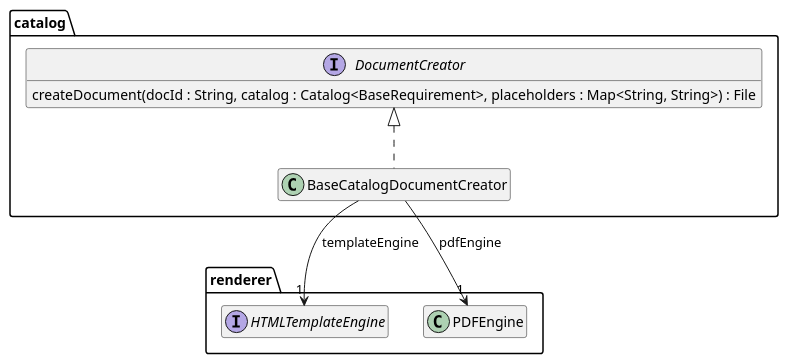
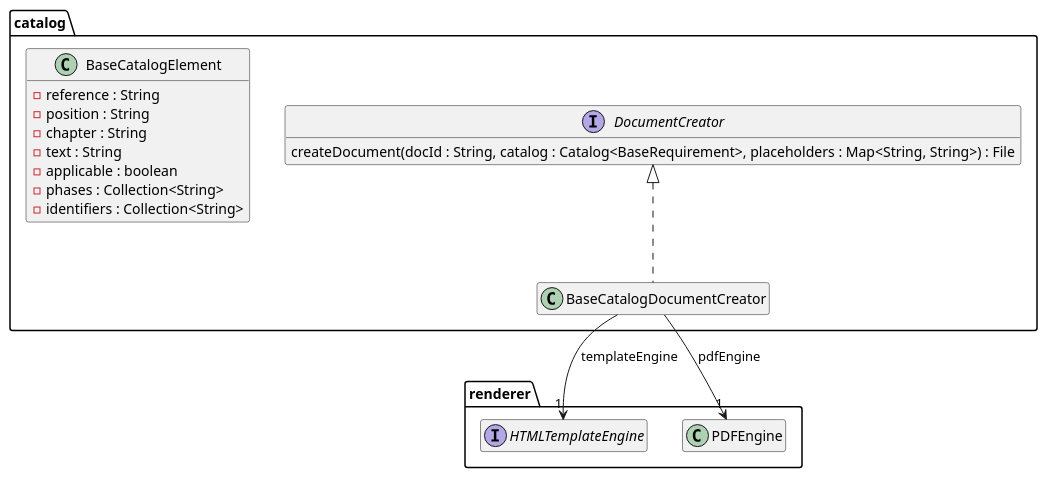
The diagram in src/site/arc42/plantuml/openhtmltopdf/catalog/Ebene3.plantuml (tailoringexpert/platform), drawn with PlantUML before and after one commit. The commit also changed 81 other files, not shown here.

```diff
--- a/src/site/arc42/plantuml/openhtmltopdf/catalog/Ebene3.plantuml
+++ b/src/site/arc42/plantuml/openhtmltopdf/catalog/Ebene3.plantuml
@@ -1,22 +1,32 @@
 @startuml Ebene3.png
 hide empty members
 
 package renderer {
     interface HTMLTemplateEngine
     class PDFEngine
 }
 
 package catalog {
 
     interface DocumentCreator {
         createDocument(docId : String, catalog : Catalog<BaseRequirement>, placeholders : Map<String, String>) : File
     }
 
+    class BaseCatalogElement {
+        -reference : String
+        -position : String
+        -chapter : String
+        -text : String
+        -applicable : boolean
+        -phases : Collection<String>
+        -identifiers : Collection<String>
+    }
+
     class BaseCatalogDocumentCreator {
     }
     DocumentCreator <|.. BaseCatalogDocumentCreator
     BaseCatalogDocumentCreator --> "1" HTMLTemplateEngine : templateEngine
     BaseCatalogDocumentCreator --> "1" PDFEngine : pdfEngine
 
 }
 @enduml
```
